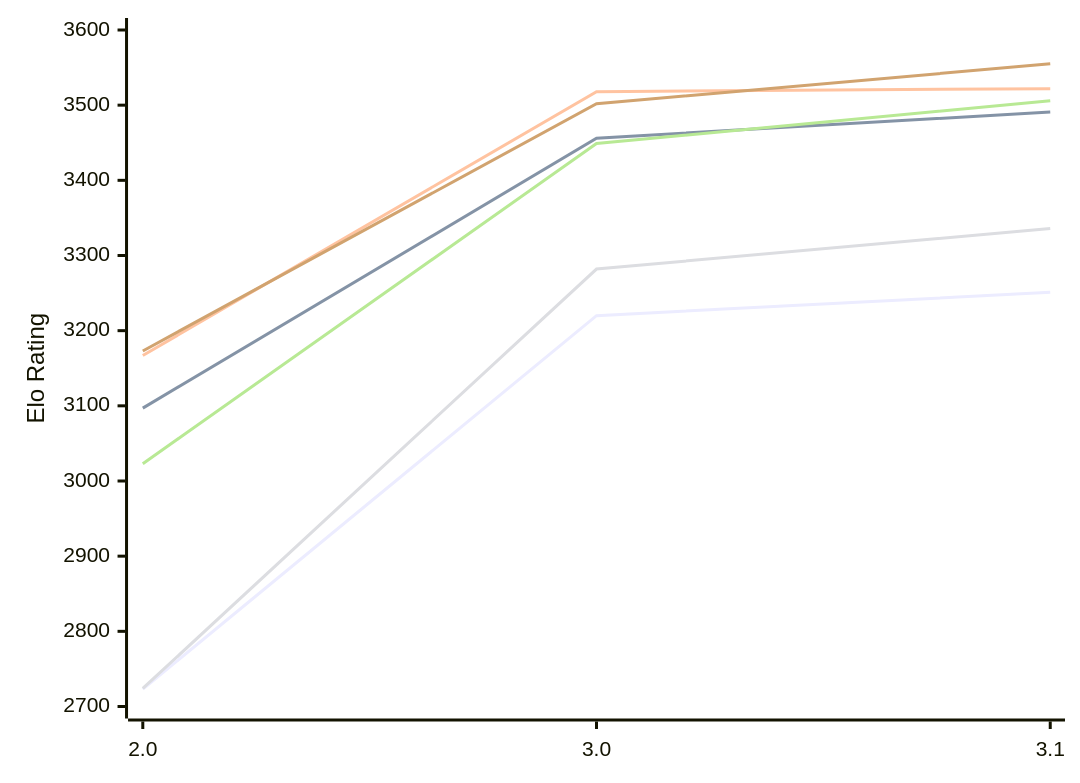
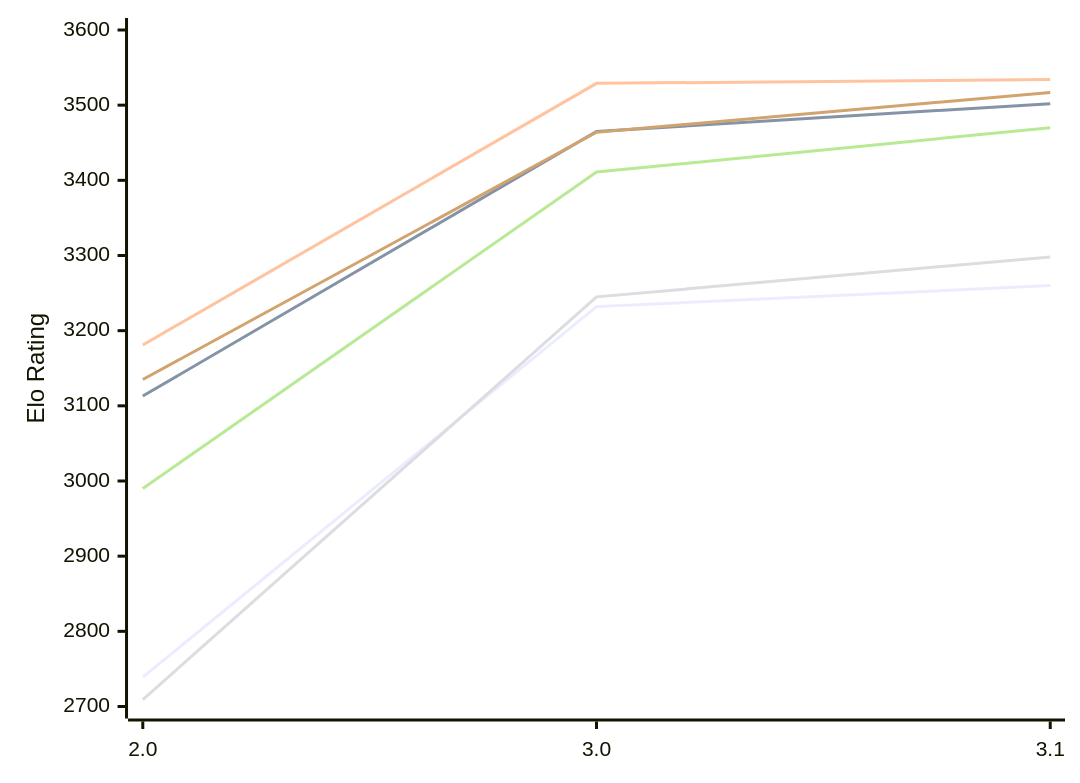
Before and after one commit to computer-chess-index/cci: the diagram in engines/Funcomp.md, drawn with Mermaid. The commit also changed other lines of this file, not shown here.

Commit message:
Update CCI Ratings (ELO VLTC) - 2026-11-14

````diff
--- a/engines/Funcomp.md
+++ b/engines/Funcomp.md
@@ -51,12 +51,12 @@
 ```mermaid
 %%{init: {"theme":"base","themeVariables":{"seriesColors:['#a3a3a3','#222221','#faa371']}}}%%
 xychart-beta
   x-axis ["2.0", "3.0", "3.1"]
   y-axis "Elo Rating" 2700 --> 3600
-  line "E1: STC (8.0+0.08s)" [2723, 3220, 3251]
-  line "E1: LTC (60.0+0.60s)" [3097, 3456, 3491]
-  line "E1: VLTC (2m24s+1.12s)" [3167, 3518, 3522]
-  line "P1: STC (8.0+0.08s)" [2724, 3282, 3336]
-  line "P1: LTC (60.0+0.60s)" [3023, 3449, 3506]
-  line "P1: VLTC (2m24s+1.12s)" [3173, 3502, 3555]
+  line "E1: STC (8.0+0.08s)" [2739, 3232, 3260]
+  line "E1: LTC (60.0+0.60s)" [3113, 3465, 3502]
+  line "E1: VLTC (2m24s+1.12s)" [3181, 3529, 3534]
+  line "P1: STC (8.0+0.08s)" [2709, 3245, 3298]
+  line "P1: LTC (60.0+0.60s)" [2990, 3411, 3470]
+  line "P1: VLTC (2m24s+1.12s)" [3135, 3464, 3517]
 ```
````
